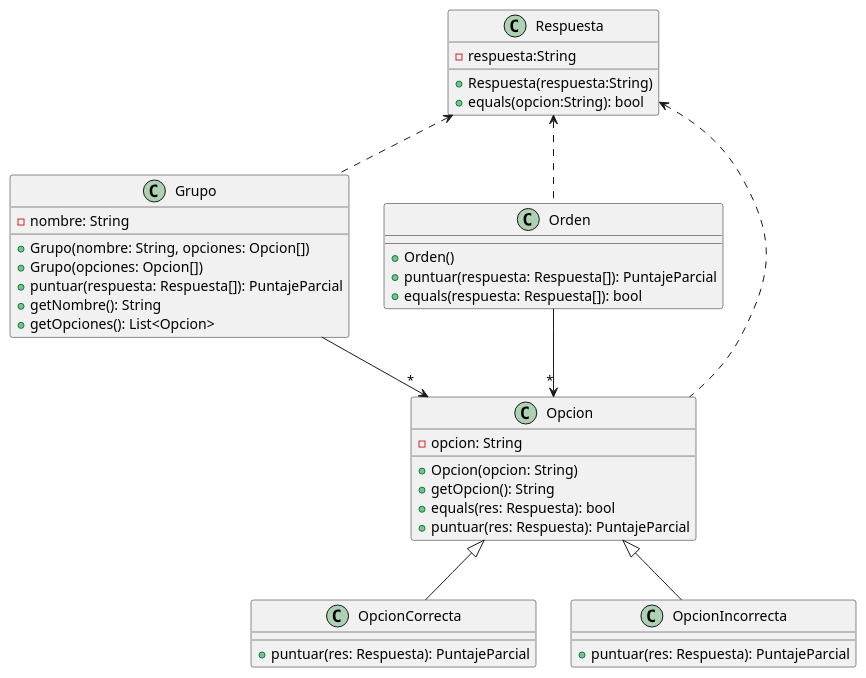
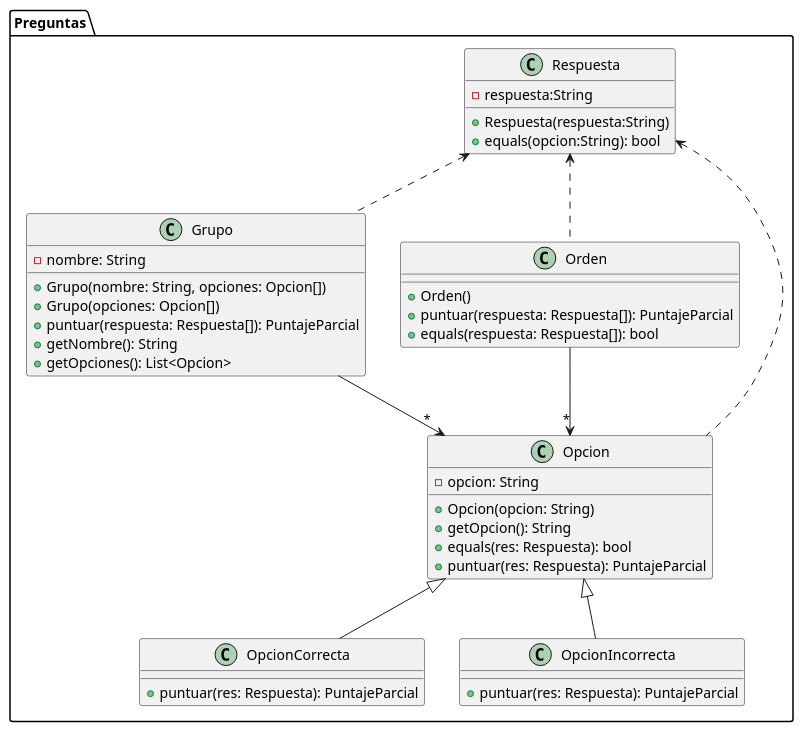
The diagram in diagrams/classes/entregaFinal/Preguntas2.puml (ValentinMarturet/ALGO3-TP2), drawn with PlantUML before and after one commit. The commit also changed 1 other file, not shown here.

Commit message:
Fix diagramas

```diff
--- a/diagrams/classes/entregaFinal/Preguntas2.puml
+++ b/diagrams/classes/entregaFinal/Preguntas2.puml
@@ -1,52 +1,53 @@
 @startuml
 
+package Preguntas {
 
 class Opcion {
     - opcion: String
     + Opcion(opcion: String)
     + getOpcion(): String
     + equals(res: Respuesta): bool
     + puntuar(res: Respuesta): PuntajeParcial
 }
 
 class OpcionCorrecta {
     + puntuar(res: Respuesta): PuntajeParcial
 }
 
 class OpcionIncorrecta {
     + puntuar(res: Respuesta): PuntajeParcial
 }
 
 class Orden {
     + Orden()
     + puntuar(respuesta: Respuesta[]): PuntajeParcial
     + equals(respuesta: Respuesta[]): bool
 }
 
 class Grupo {
     - nombre: String
     + Grupo(nombre: String, opciones: Opcion[])
     + Grupo(opciones: Opcion[])
     + puntuar(respuesta: Respuesta[]): PuntajeParcial
     + getNombre(): String
     + getOpciones(): List<Opcion>
 }
 
 class Respuesta {
     - respuesta:String
     + Respuesta(respuesta:String)
     + equals(opcion:String): bool
 }
 
 
 Opcion <|-- OpcionCorrecta
 Opcion <|-- OpcionIncorrecta
 
 Opcion "*" <-up- Orden
 Opcion "*" <-up- Grupo
 
 Respuesta <.. Opcion
 Respuesta <.. Orden
 Respuesta <.. Grupo
 
 @enduml
```
